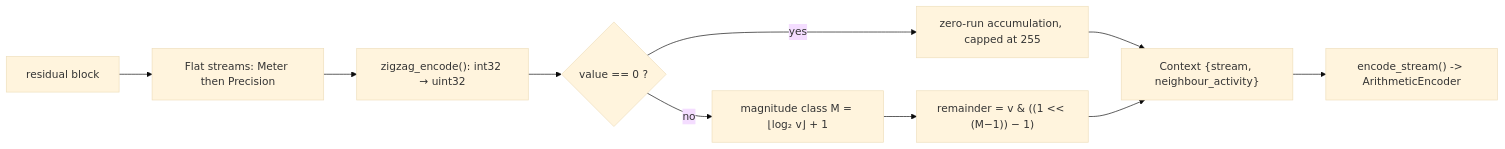
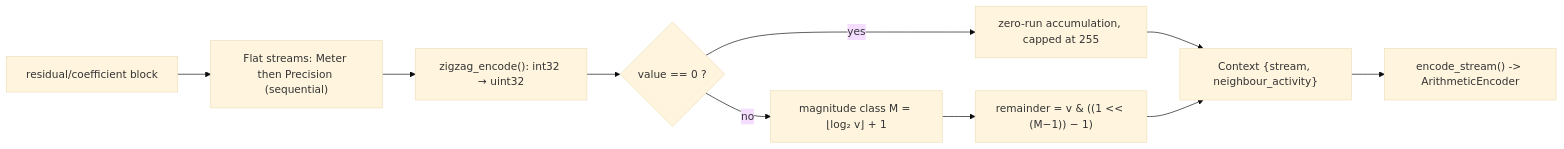
Before and after one commit to yashwk/libxtm: the fifth of 10 diagrams in docs/pipeline.md, drawn with Mermaid (base theme). The commit also changed other lines of this file and 2 other files, not shown here.

````diff
--- a/docs/pipeline.md
+++ b/docs/pipeline.md
@@ -268,12 +250,12 @@
 ```mermaid
 flowchart LR
-    RES["residual block"] --> SB["Flat streams: Meter then Precision"]
+    RES["residual/coefficient block"] --> SB["Flat streams: Meter then Precision (sequential)"]
     SB --> ZIG["zigzag_encode(): int32 → uint32"]
     ZIG --> ZR{"value == 0 ?"}
     ZR -- yes --> RUN["zero-run accumulation, capped at 255"]
     ZR -- no --> MAG["magnitude class M = ⌊log₂ v⌋ + 1"]
     MAG --> REM["remainder = v & ((1 << (M−1)) − 1)"]
     RUN --> CTX["Context {stream, neighbour_activity}"]
     REM --> CTX
     CTX --> SYM["encode_stream() -> ArithmeticEncoder"]
 ```
````
